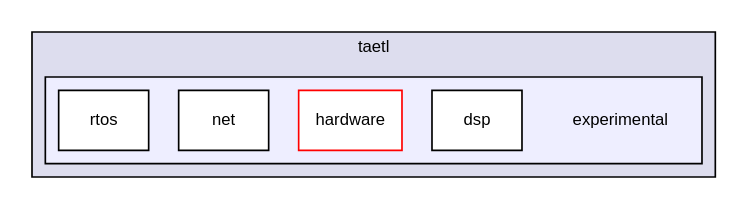
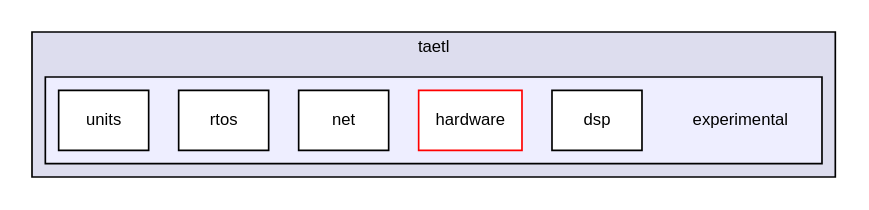
Before and after one commit to tobanteAudio/taetl: the diagram in dir_eaa2feafe1d43c0ec518e4b789497441_dep.dot, drawn with Graphviz. The commit also changed 127 other files, not shown here.

```diff
--- a/dir_eaa2feafe1d43c0ec518e4b789497441_dep.dot
+++ b/dir_eaa2feafe1d43c0ec518e4b789497441_dep.dot
@@ -1,16 +1,17 @@
 digraph "/home/travis/build/tobanteAudio/taetl/taetl/experimental" {
   compound=true
   node [ fontsize="10", fontname="Helvetica"];
   edge [ labelfontsize="10", labelfontname="Helvetica"];
   subgraph clusterdir_fd5e81ee6634c2f09904e4248600f39b {
     graph [ bgcolor="#ddddee", pencolor="black", label="taetl" fontname="Helvetica", fontsize="10", URL="dir_fd5e81ee6634c2f09904e4248600f39b.html"]
   subgraph clusterdir_eaa2feafe1d43c0ec518e4b789497441 {
     graph [ bgcolor="#eeeeff", pencolor="black", label="" URL="dir_eaa2feafe1d43c0ec518e4b789497441.html"];
     dir_eaa2feafe1d43c0ec518e4b789497441 [shape=plaintext label="experimental"];
     dir_6ecb9db0f43dfa41a774dce6c964ff19 [shape=box label="dsp" color="black" fillcolor="white" style="filled" URL="dir_6ecb9db0f43dfa41a774dce6c964ff19.html"];
     dir_67625e5243136b0e3d1b68569a9f16e4 [shape=box label="hardware" color="red" fillcolor="white" style="filled" URL="dir_67625e5243136b0e3d1b68569a9f16e4.html"];
     dir_bee0b064f5e8bd6f9f2098443e012b80 [shape=box label="net" color="black" fillcolor="white" style="filled" URL="dir_bee0b064f5e8bd6f9f2098443e012b80.html"];
     dir_3accd0794a8d904fa7f88258baac3e47 [shape=box label="rtos" color="black" fillcolor="white" style="filled" URL="dir_3accd0794a8d904fa7f88258baac3e47.html"];
+    dir_cf33192ee4357be40e1a5d94d5627de0 [shape=box label="units" color="black" fillcolor="white" style="filled" URL="dir_cf33192ee4357be40e1a5d94d5627de0.html"];
   }
   }
 }
```
